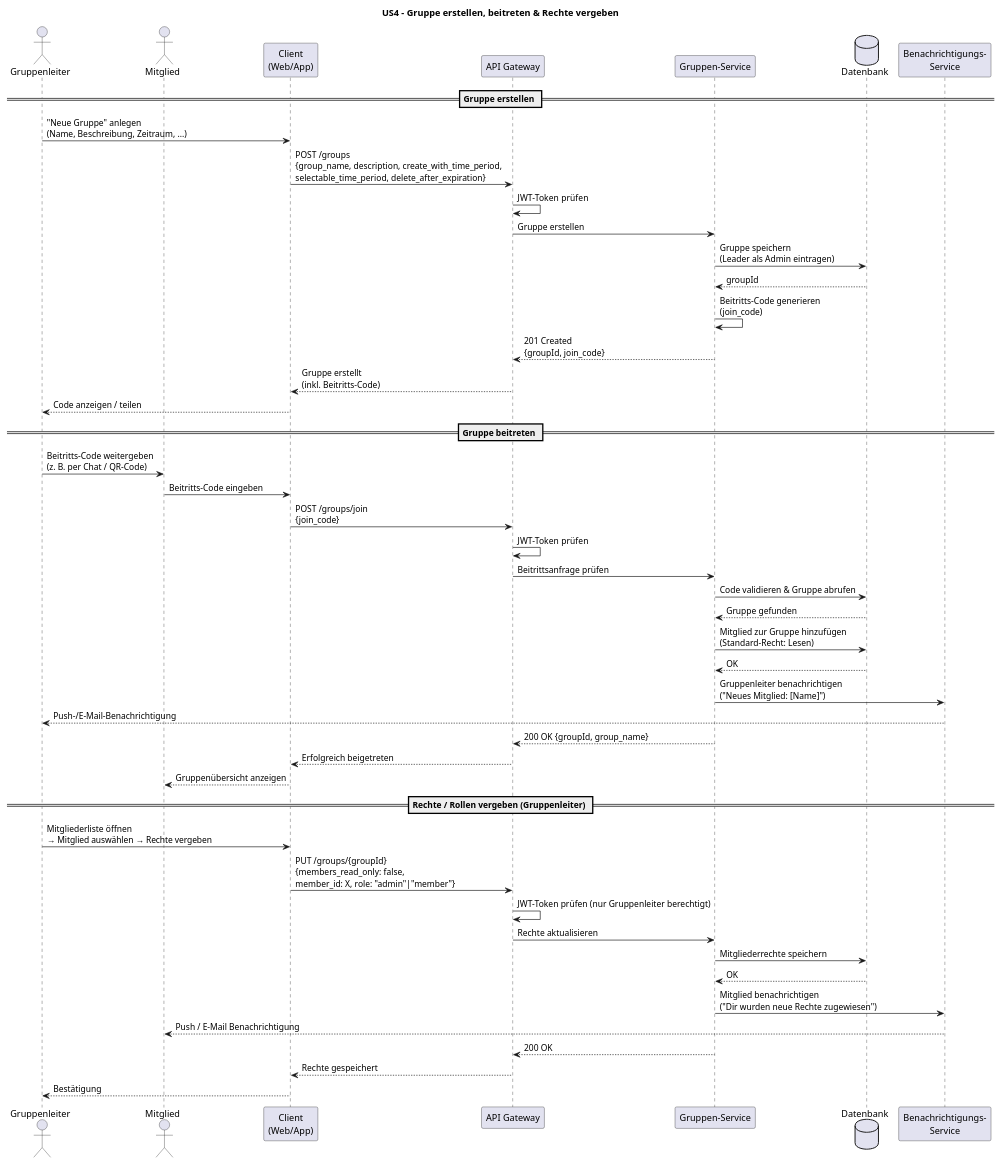
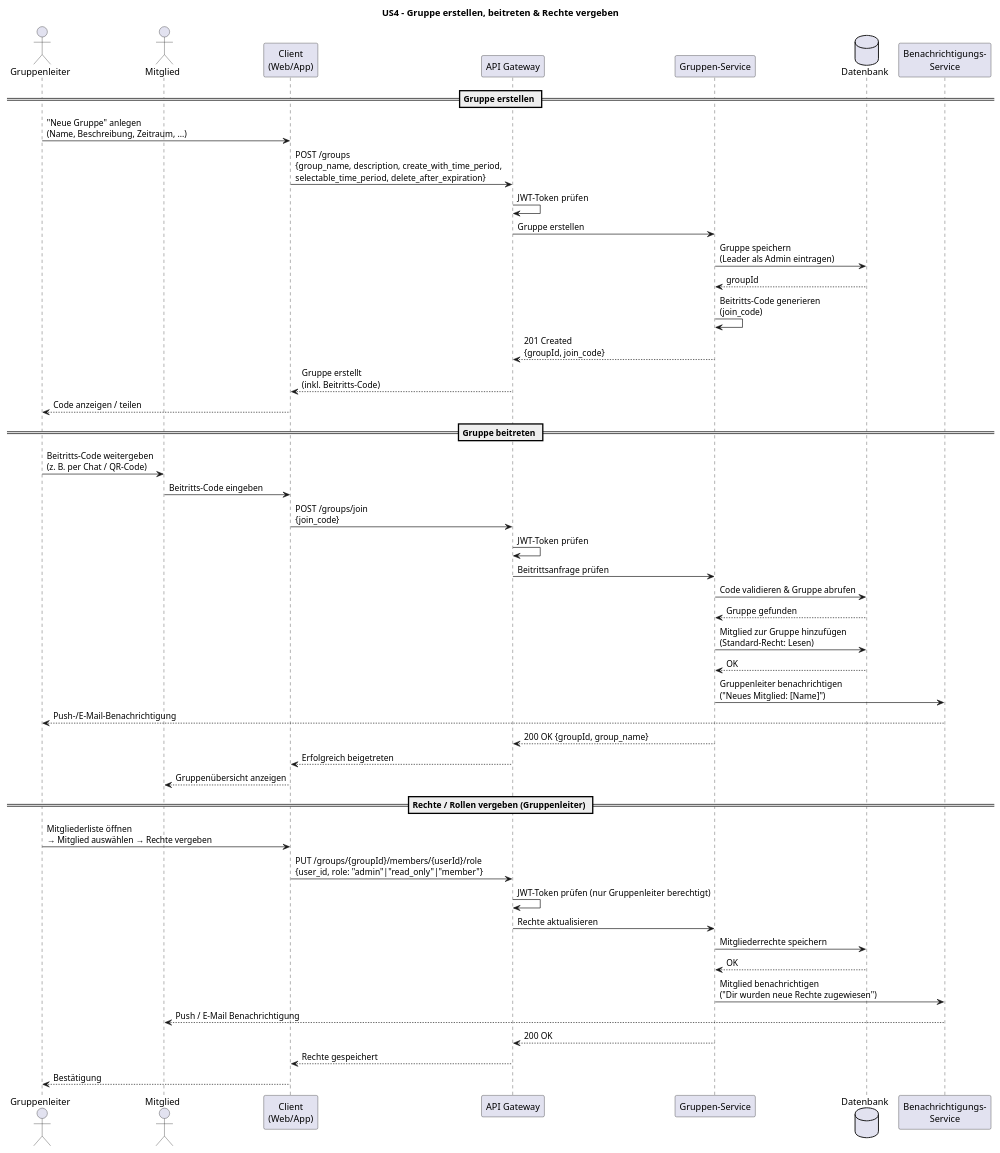
The diagram in Sequenzdiagramme/SD_US4_Gruppe_erstellen_beitreten.puml (Malte-W-Schule/Software-Technick-2026-Sem03), drawn with PlantUML before and after one commit. The commit also changed 8 other files, not shown here.

Commit message:
Refactor Risikoanalyse UML Diagramme

```diff
--- a/Sequenzdiagramme/SD_US4_Gruppe_erstellen_beitreten.puml
+++ b/Sequenzdiagramme/SD_US4_Gruppe_erstellen_beitreten.puml
@@ -1,56 +1,56 @@
 @startuml SD_US4_Gruppe_erstellen_beitreten
 title US4 – Gruppe erstellen, beitreten & Rechte vergeben
 
 actor "Gruppenleiter" as Leader
 actor "Mitglied" as Member
 participant "Client\n(Web/App)" as Client
 participant "API Gateway" as API
 participant "Gruppen-Service" as GroupSvc
 database "Datenbank" as DB
 participant "Benachrichtigungs-\nService" as Notif
 
 == Gruppe erstellen ==
 
 Leader -> Client : "Neue Gruppe" anlegen\n(Name, Beschreibung, Zeitraum, ...)
 Client -> API : POST /groups\n{group_name, description, create_with_time_period,\nselectable_time_period, delete_after_expiration}
 API -> API : JWT-Token prüfen
 API -> GroupSvc : Gruppe erstellen
 GroupSvc -> DB : Gruppe speichern\n(Leader als Admin eintragen)
 DB --> GroupSvc : groupId
 GroupSvc -> GroupSvc : Beitritts-Code generieren\n(join_code)
 GroupSvc --> API : 201 Created\n{groupId, join_code}
 API --> Client : Gruppe erstellt\n(inkl. Beitritts-Code)
 Client --> Leader : Code anzeigen / teilen
 
 == Gruppe beitreten ==
 
 Leader -> Member : Beitritts-Code weitergeben\n(z. B. per Chat / QR-Code)
 Member -> Client : Beitritts-Code eingeben
 Client -> API : POST /groups/join\n{join_code}
 API -> API : JWT-Token prüfen
 API -> GroupSvc : Beitrittsanfrage prüfen
 GroupSvc -> DB : Code validieren & Gruppe abrufen
 DB --> GroupSvc : Gruppe gefunden
 GroupSvc -> DB : Mitglied zur Gruppe hinzufügen\n(Standard-Recht: Lesen)
 DB --> GroupSvc : OK
 GroupSvc -> Notif : Gruppenleiter benachrichtigen\n("Neues Mitglied: [Name]")
 Notif --> Leader : Push-/E-Mail-Benachrichtigung
 GroupSvc --> API : 200 OK {groupId, group_name}
 API --> Client : Erfolgreich beigetreten
 Client --> Member : Gruppenübersicht anzeigen
 
 == Rechte / Rollen vergeben (Gruppenleiter) ==
 
 Leader -> Client : Mitgliederliste öffnen\n→ Mitglied auswählen → Rechte vergeben
-Client -> API : PUT /groups/{groupId}\n{members_read_only: false,\nmember_id: X, role: "admin"|"member"}
+Client -> API : PUT /groups/{groupId}/members/{userId}/role\n{user_id, role: "admin"|"read_only"|"member"}
 API -> API : JWT-Token prüfen (nur Gruppenleiter berechtigt)
 API -> GroupSvc : Rechte aktualisieren
 GroupSvc -> DB : Mitgliederrechte speichern
 DB --> GroupSvc : OK
 GroupSvc -> Notif : Mitglied benachrichtigen\n("Dir wurden neue Rechte zugewiesen")
 Notif --> Member : Push / E-Mail Benachrichtigung
 GroupSvc --> API : 200 OK
 API --> Client : Rechte gespeichert
 Client --> Leader : Bestätigung
 
 @enduml
```
